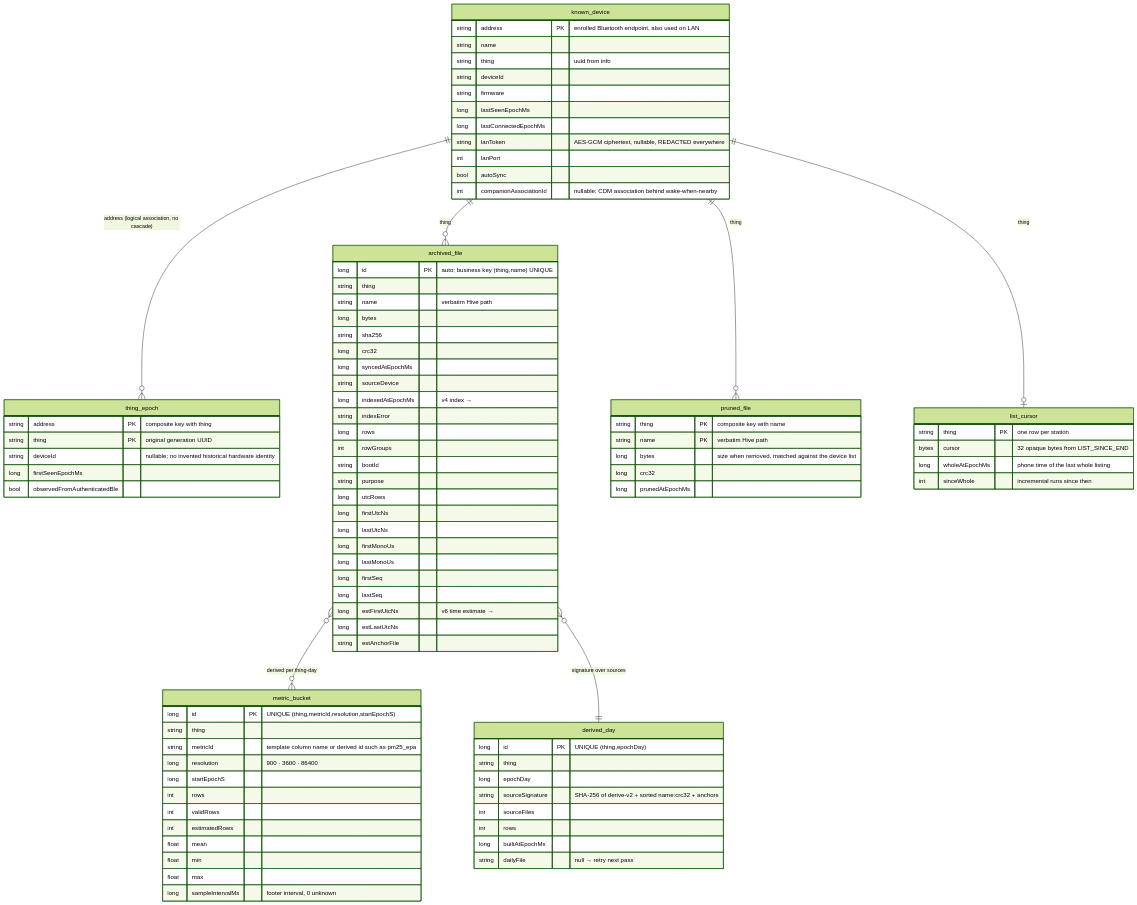
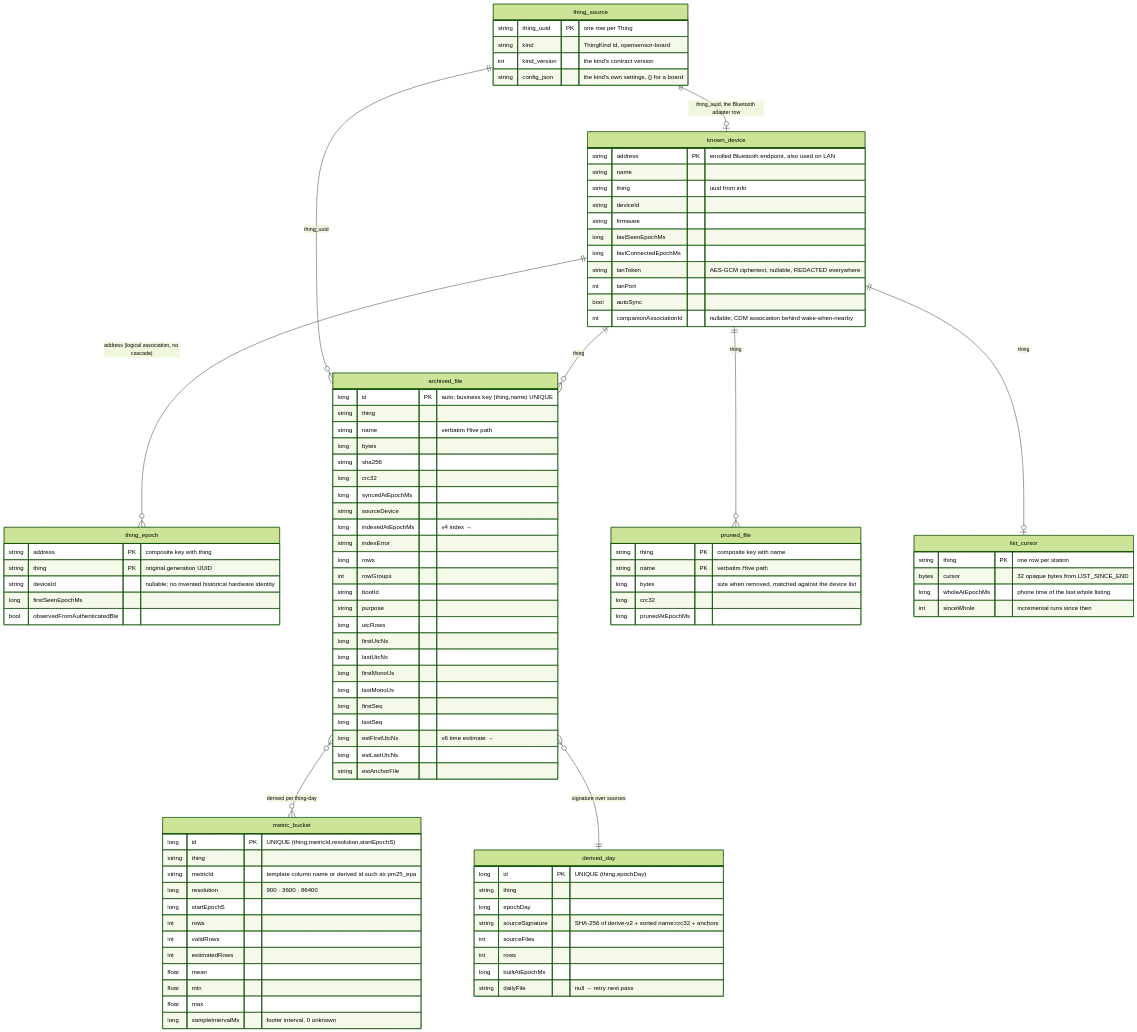
One commit to walkthru-earth/opensensor-space-mobile changed the first of 2 diagrams in docs/data-model.md. Above: the diagram before and after it, drawn with Mermaid (forest theme). The commit also changed other lines of this file and 39 other files, not shown here.

First line of the commit message:
Name Things by a ThingId and keep a thing_source row per Thing UUID (#240)

````diff
--- a/docs/data-model.md
+++ b/docs/data-model.md
@@ -112,10 +112,18 @@
     long wholeAtEpochMs "phone time of the last whole listing"
     int sinceWhole "incremental runs since then"
   }
+  thing_source {
+    string thing_uuid PK "one row per Thing"
+    string kind "ThingKind id, opensensor-board"
+    int kind_version "the kind's contract version"
+    string config_json "the kind's own settings, {} for a board"
+  }
   known_device ||--o{ archived_file : "thing"
   known_device ||--o{ thing_epoch : "address (logical association, no cascade)"
   archived_file }o--o{ metric_bucket : "derived per thing-day"
   archived_file }o--|| derived_day : "signature over sources"
   known_device ||--o{ pruned_file : "thing"
   known_device ||--o| list_cursor : "thing"
+  thing_source ||--o| known_device : "thing_uuid, the Bluetooth adapter row"
+  thing_source ||--o{ archived_file : "thing_uuid"
 ```
````
